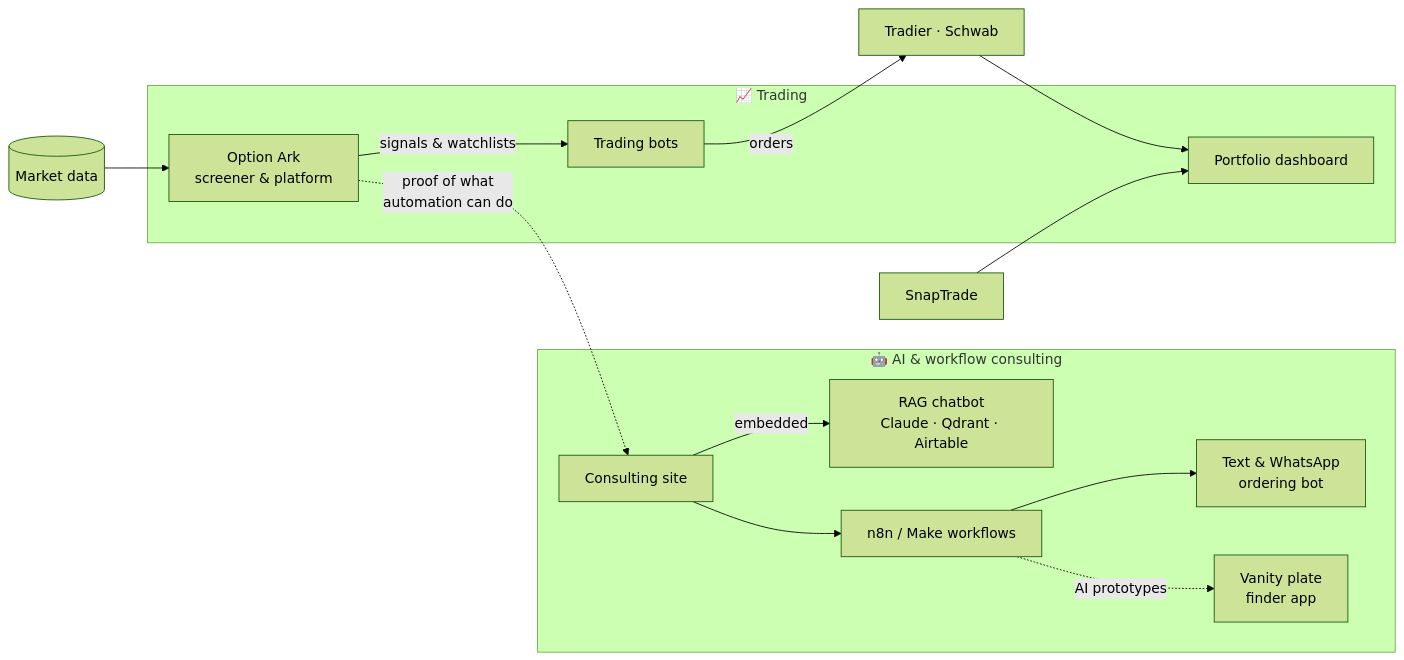
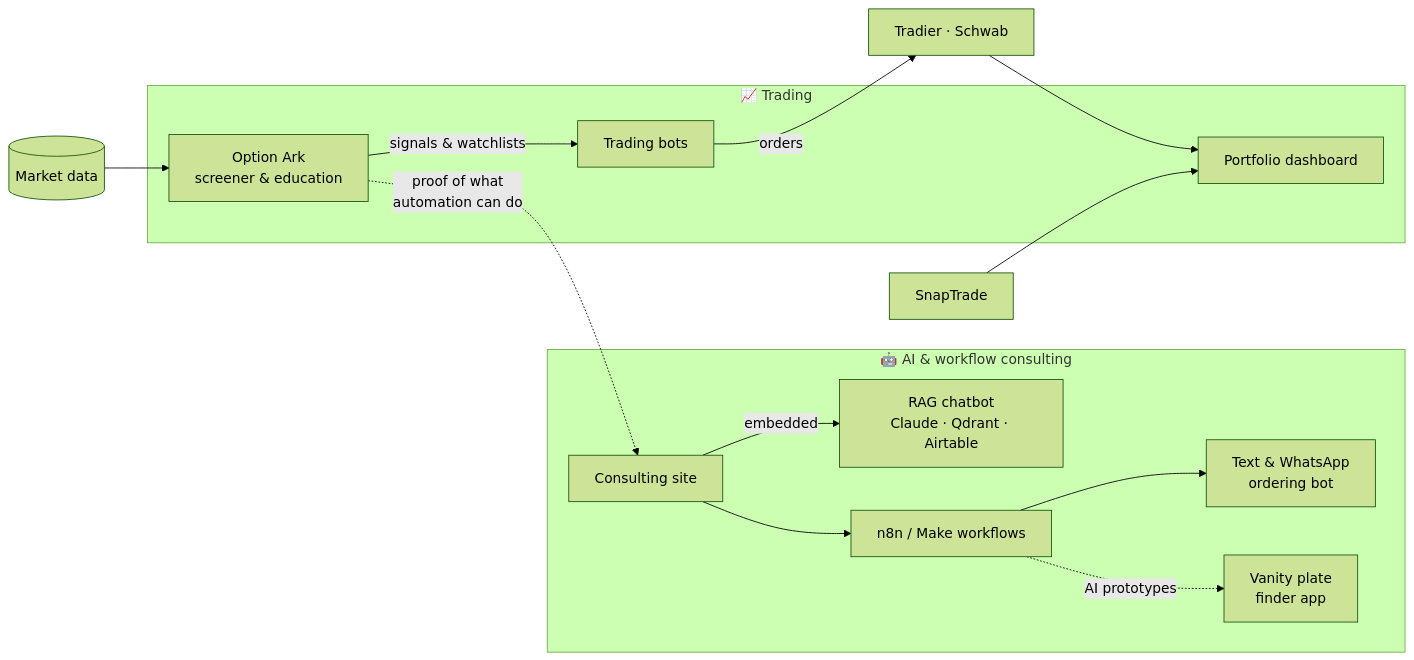
The first of 8 diagrams in README.md (OA-JVKing/OA-JVKing), drawn with Mermaid (forest theme) before and after one commit. The commit also changed other lines of this file, not shown here.

First line of the commit message:
Expand Option Ark platform section

````diff
--- a/README.md
+++ b/README.md
@@ -11,28 +11,28 @@
 ```mermaid
 flowchart LR
     subgraph Trading["📈 Trading"]
-        OA["Option Ark<br/>screener & platform"]
+        OA["Option Ark<br/>screener & education"]
         BOTS["Trading bots"]
         DASH["Portfolio dashboard"]
     end
 
     subgraph Consulting["🤖 AI & workflow consulting"]
         SITE["Consulting site"]
         RAG["RAG chatbot<br/>Claude · Qdrant · Airtable"]
         WF["n8n / Make workflows"]
         CHAT["Text & WhatsApp<br/>ordering bot"]
         PLATE["Vanity plate<br/>finder app"]
     end
 
     MKT[("Market data")] --> OA
     OA -- "signals & watchlists" --> BOTS
     BOTS -- "orders" --> BRK["Tradier · Schwab"]
     BRK --> DASH
     SNAP["SnapTrade"] --> DASH
 
     OA -. "proof of what<br/>automation can do" .-> SITE
     SITE -- "embedded" --> RAG
     SITE --> WF
     WF --> CHAT
     WF -. "AI prototypes" .-> PLATE
 ```
````
